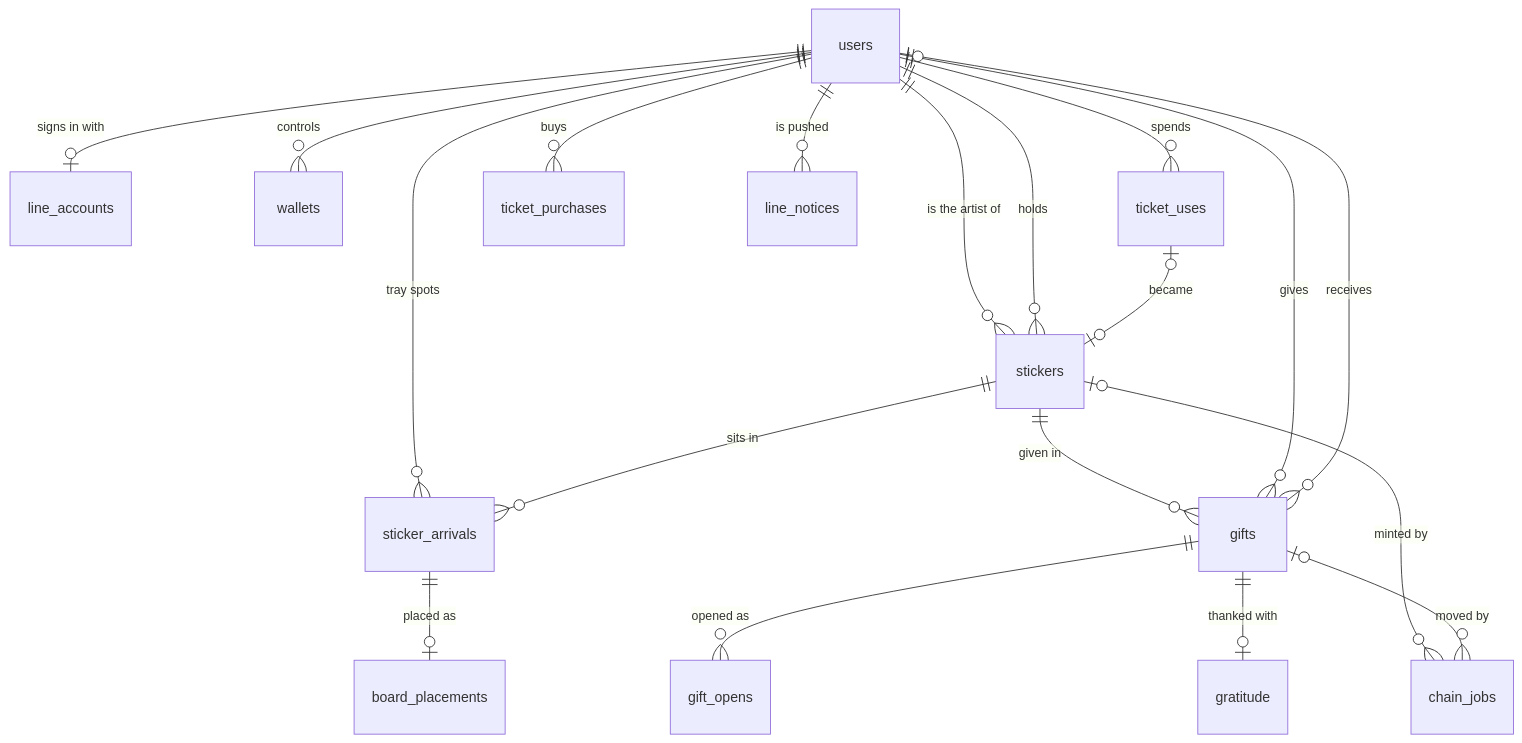
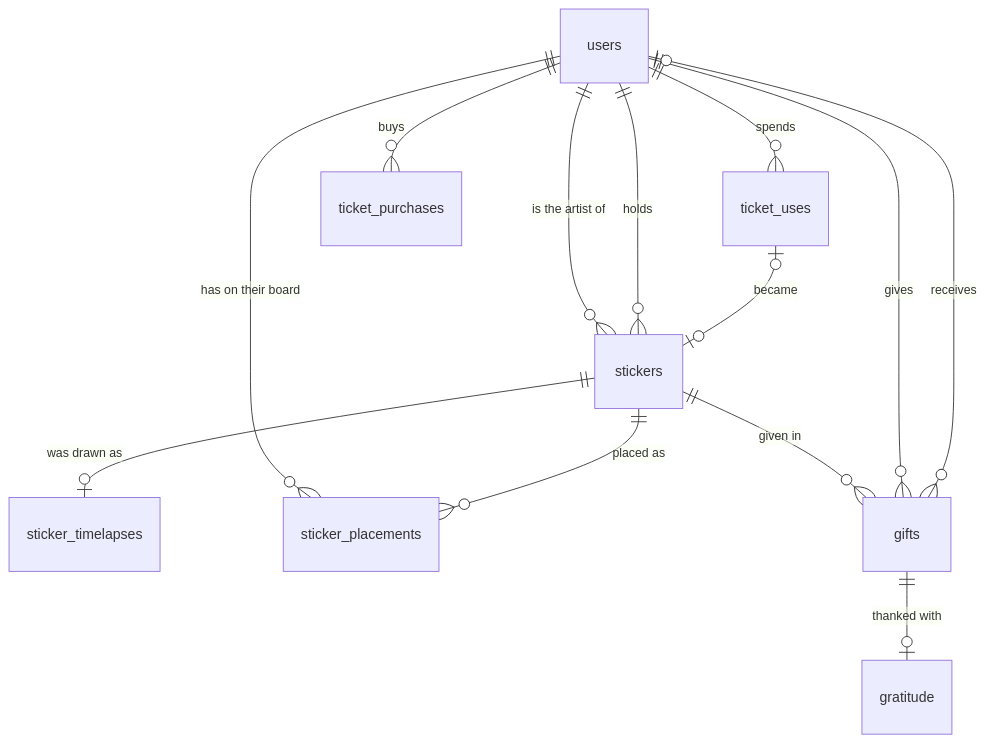
One commit to ethglobal-tokyo-2026/drawing-app changed the fifth of 5 diagrams in docs/superpowers/specs/2026-09-25-database-schema.md. Above: the diagram before and after it, drawn with Mermaid. The commit also changed other lines of this file and 2 other files, not shown here.

````diff
--- a/docs/superpowers/specs/2026-09-25-database-schema.md
+++ b/docs/superpowers/specs/2026-09-25-database-schema.md
@@ -140,21 +316,15 @@
 ```mermaid
 erDiagram
-  users ||--o| line_accounts : "signs in with"
-  users ||--o{ wallets : controls
   users ||--o{ stickers : "is the artist of"
   users ||--o{ stickers : holds
+  stickers ||--o| sticker_timelapses : "was drawn as"
   users ||--o{ ticket_uses : spends
+  ticket_uses |o--o| stickers : became
   users ||--o{ ticket_purchases : buys
-  ticket_uses |o--o| stickers : "became"
-  users ||--o{ sticker_arrivals : "tray spots"
-  stickers ||--o{ sticker_arrivals : "sits in"
-  sticker_arrivals ||--o| board_placements : "placed as"
+  users ||--o{ sticker_placements : "has on their board"
+  stickers ||--o{ sticker_placements : "placed as"
   stickers ||--o{ gifts : "given in"
   users ||--o{ gifts : gives
   users |o--o{ gifts : receives
-  gifts ||--o{ gift_opens : "opened as"
   gifts ||--o| gratitude : "thanked with"
-  users ||--o{ line_notices : "is pushed"
-  stickers |o--o{ chain_jobs : "minted by"
-  gifts |o--o{ chain_jobs : "moved by"
 ```
````
